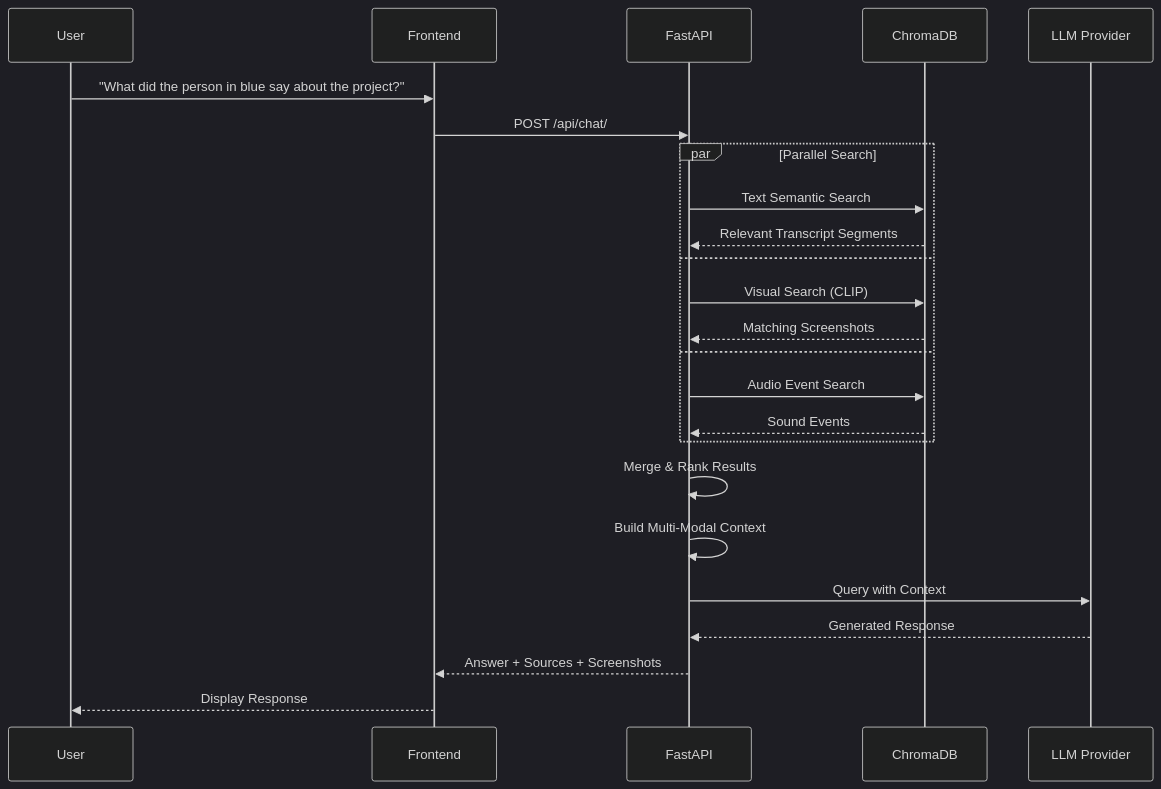
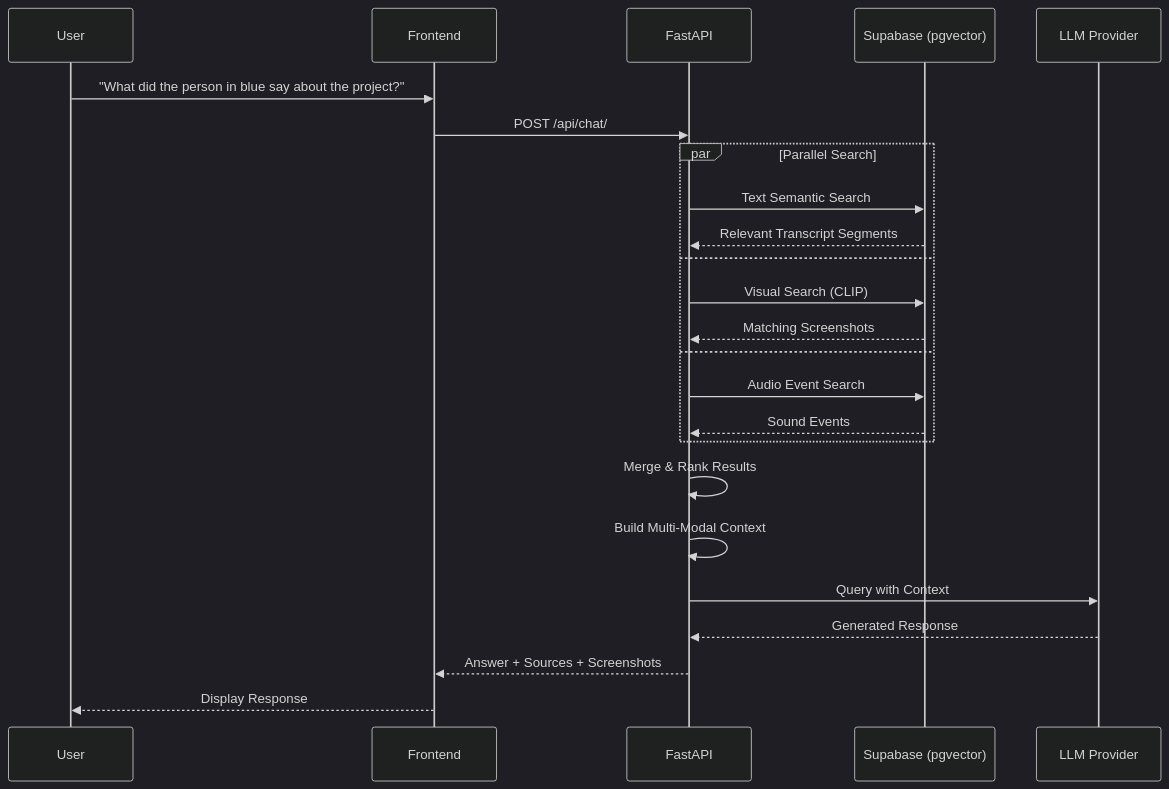
One commit to Ugur22/ai-subtitles changed the third of 4 diagrams in docs/ARCHITECTURE.md. Above: the diagram before and after it, drawn with Mermaid (dark theme). The commit also changed other lines of this file and 8 other files, not shown here.

First line of the commit message:
Sync docs with actual architecture: drop stale ChromaDB/Firestore refs

````diff
--- a/docs/ARCHITECTURE.md
+++ b/docs/ARCHITECTURE.md
@@ -120,30 +118,30 @@
 ```mermaid
 sequenceDiagram
     participant U as User
     participant FE as Frontend
     participant API as FastAPI
-    participant VDB as ChromaDB
+    participant SB as Supabase (pgvector)
     participant LLM as LLM Provider
 
     U->>FE: "What did the person in blue say about the project?"
     FE->>API: POST /api/chat/
 
     par Parallel Search
-        API->>VDB: Text Semantic Search
-        VDB-->>API: Relevant Transcript Segments
+        API->>SB: Text Semantic Search
+        SB-->>API: Relevant Transcript Segments
     and
-        API->>VDB: Visual Search (CLIP)
-        VDB-->>API: Matching Screenshots
+        API->>SB: Visual Search (CLIP)
+        SB-->>API: Matching Screenshots
     and
-        API->>VDB: Audio Event Search
-        VDB-->>API: Sound Events
+        API->>SB: Audio Event Search
+        SB-->>API: Sound Events
     end
 
     API->>API: Merge & Rank Results
     API->>API: Build Multi-Modal Context
     API->>LLM: Query with Context
     LLM-->>API: Generated Response
 
     API-->>FE: Answer + Sources + Screenshots
     FE-->>U: Display Response
 ```
````
